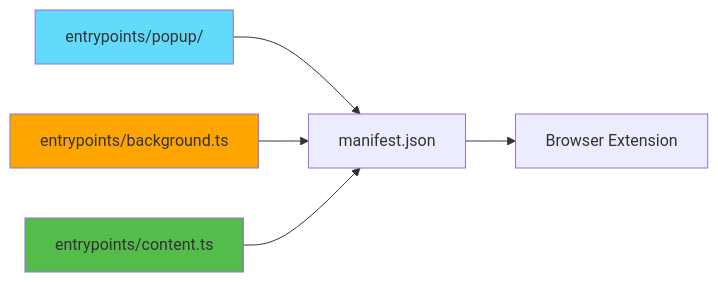
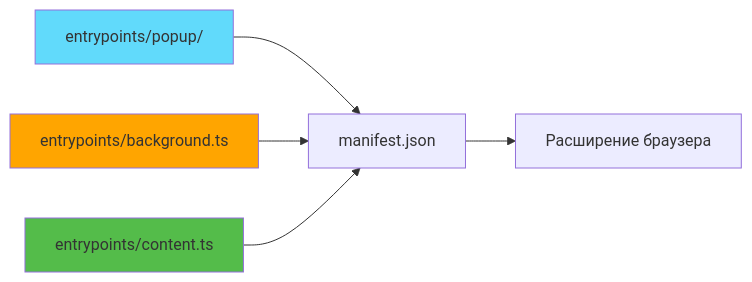
The second of 2 diagrams in slides/01-init-wxt-react-starter.md (drunkody/textarea-fullscreen-extension), drawn with Mermaid before and after one commit. The commit also changed other lines of this file and 22 other files, not shown here.

````diff
--- a/slides/01-init-wxt-react-starter.md
+++ b/slides/01-init-wxt-react-starter.md
@@ -231,12 +231,12 @@
 ```mermaid
 graph LR
     A[entrypoints/popup/] --> B[manifest.json]
     C[entrypoints/background.ts] --> B
     D[entrypoints/content.ts] --> B
     
-    B --> E[Browser Extension]
+    B --> E[Расширение браузера]
     
     style A fill:#61dafb
     style C fill:#ffa500
     style D fill:#54bc4a
 ```
````
